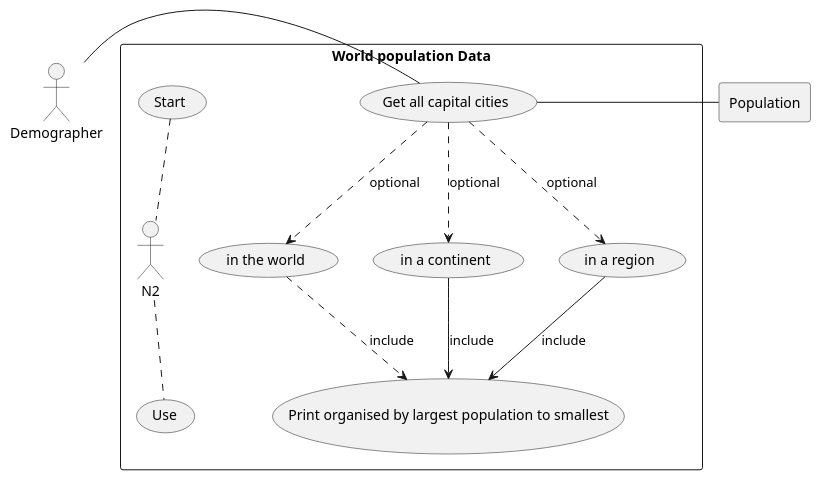
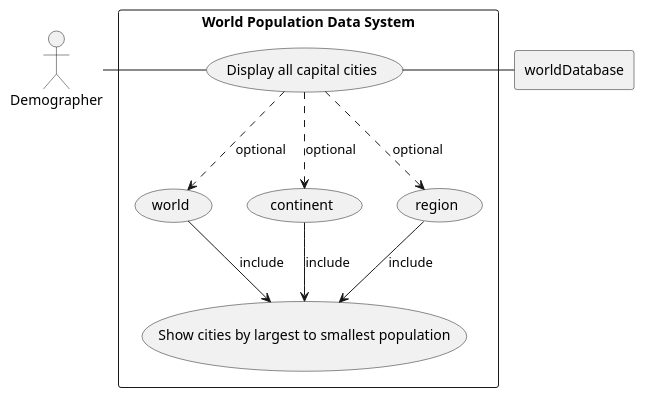
The diagram in population_use_case/top_n capital cities.puml (careykva/Group_4), drawn with PlantUML before and after one commit.

Commit message:
Update to top N cities

```diff
--- a/population_use_case/top_n capital cities.puml
+++ b/population_use_case/top_n capital cities.puml
@@ -1,23 +1,26 @@
 @startuml
 actor AL as "Demographer"
 
-rectangle Population
+rectangle worldDatabase
 
-rectangle "World population Data" {
-	usecase UC1 as "Get all capital cities"
-	usecase UC1.1 as "in the world"
-	usecase UC1.2 as "in a continent"
-	usecase UC1.3 as "in a region"
+rectangle "World Population Data System" {
+	usecase UC8 as "Display all capital cities"
+	usecase UC8.1 as "world"
+	usecase UC8.2 as "continent"
+	usecase UC8.3 as "region"
 
-	usecase UCa as "Print organised by largest population to smallest"
-(Start) .. N2
-N2 .. (Use)
-AL - UC1
-UC1 ..> UC1.1 : optional
-    UC1.1 ..>UCa : include
-UC1 ..> UC1.2 : optional
-    UC1.2 --> UCa : include
-UC1 ..> UC1.3 : optional
-    UC1.3 --> UCa : include
-UC1 - Population
+
+	usecase UCa as "Show cities by largest to smallest population"
+
+
+AL - UC8
+UC8 ..> UC8.1 : optional
+    UC8.1 --> UCa : include
+UC8 ..> UC8.2 : optional
+    UC8.2 --> UCa : include
+UC8 ..> UC8.3 : optional
+    UC8.3 --> UCa : include
+
+
+UC8 - worldDatabase
 @enduml
```
